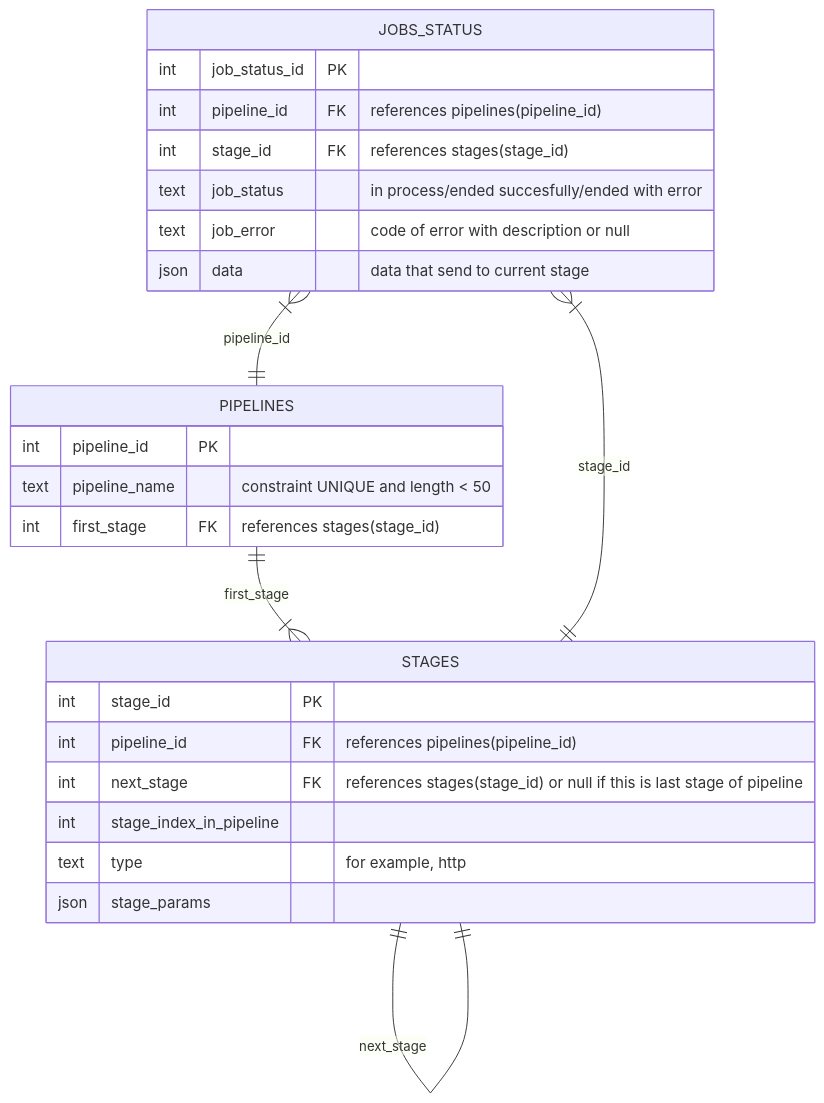
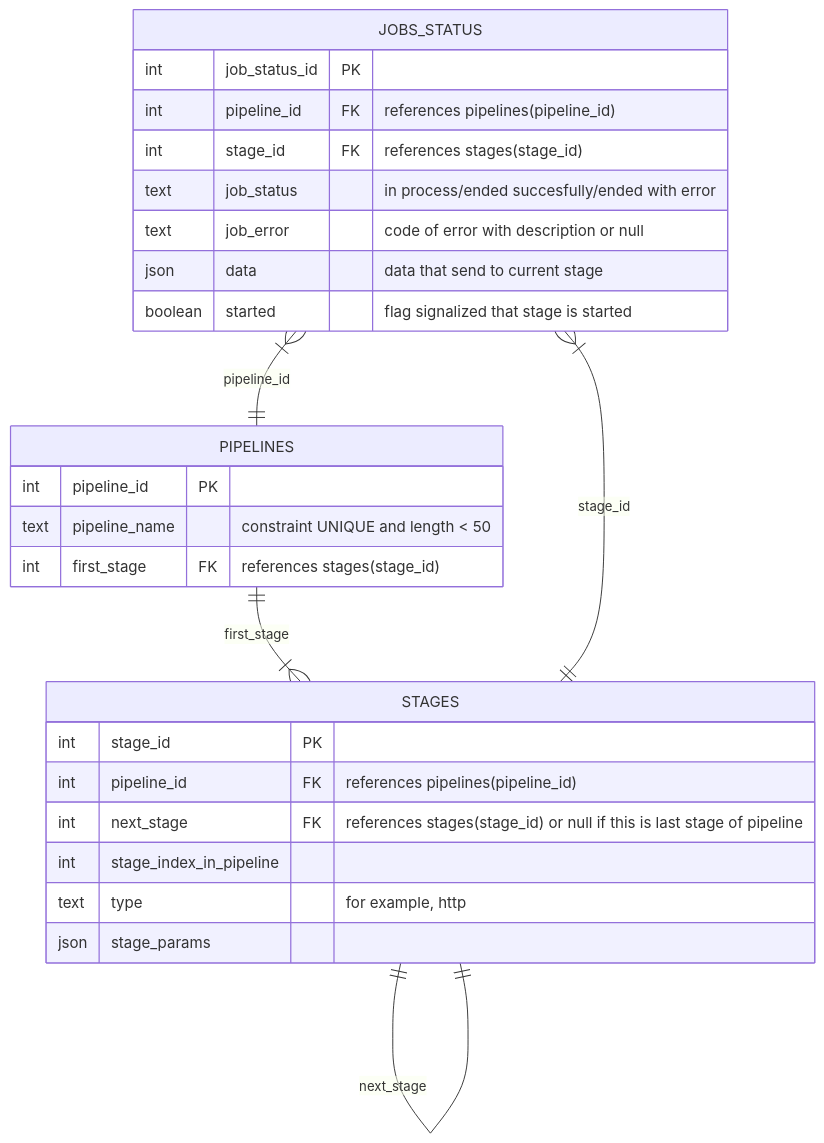
One commit to Jwostik/FastAPI changed the fifth of 5 diagrams in pipeline.md. Above: the diagram before and after it, drawn with Mermaid. The commit also changed other lines of this file, not shown here.

````diff
--- a/pipeline.md
+++ b/pipeline.md
@@ -98,32 +104,33 @@
 ```mermaid
 erDiagram
     PIPELINES {
         int pipeline_id PK
         text pipeline_name "constraint UNIQUE and length < 50"
         int first_stage FK "references stages(stage_id)"
     }
     
     STAGES {
         int stage_id PK
         int pipeline_id FK "references pipelines(pipeline_id)"
         int next_stage FK "references stages(stage_id) or null if this is last stage of pipeline"
         int stage_index_in_pipeline
         text type "for example, http"
         json stage_params 
     }
 
     JOBS_STATUS {
         int job_status_id PK
         int pipeline_id FK "references pipelines(pipeline_id)"
         int stage_id FK "references stages(stage_id)"
         text job_status "in process/ended succesfully/ended with error"
         text job_error "code of error with description or null"
         json data "data that send to current stage"
+        boolean started "flag signalized that stage is started"
     }
 
     PIPELINES ||--|{ STAGES : first_stage
     STAGES ||--|| STAGES : next_stage
     JOBS_STATUS }|--|| STAGES : stage_id
     JOBS_STATUS }|--|| PIPELINES : pipeline_id
     
 ```
````
